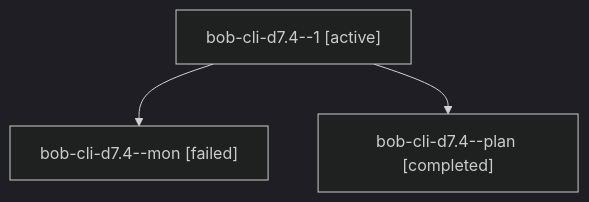
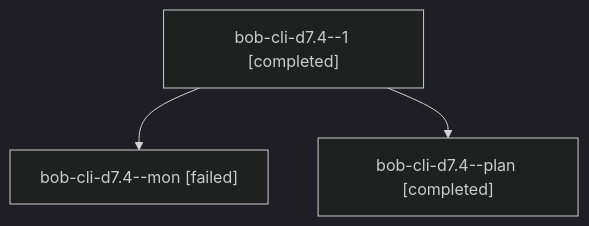
The diagram in sessions/bbugyi200.athena.bob-cli-d7.4.md (bobs-org/bob-cli--agents), drawn with Mermaid (dark theme) before and after one commit. The commit also changed other lines of this file and 37 other files, not shown here.

````diff
--- a/sessions/bbugyi200.athena.bob-cli-d7.4.md
+++ b/sessions/bbugyi200.athena.bob-cli-d7.4.md
@@ -9,8 +9,8 @@
 ```mermaid
 flowchart TD
-  n0["bob-cli-d7.4--1 [active]"]
+  n0["bob-cli-d7.4--1 [completed]"]
   n1["bob-cli-d7.4--mon [failed]"]
   n0 --> n1
   n2["bob-cli-d7.4--plan [completed]"]
   n0 --> n2
 ```
````
